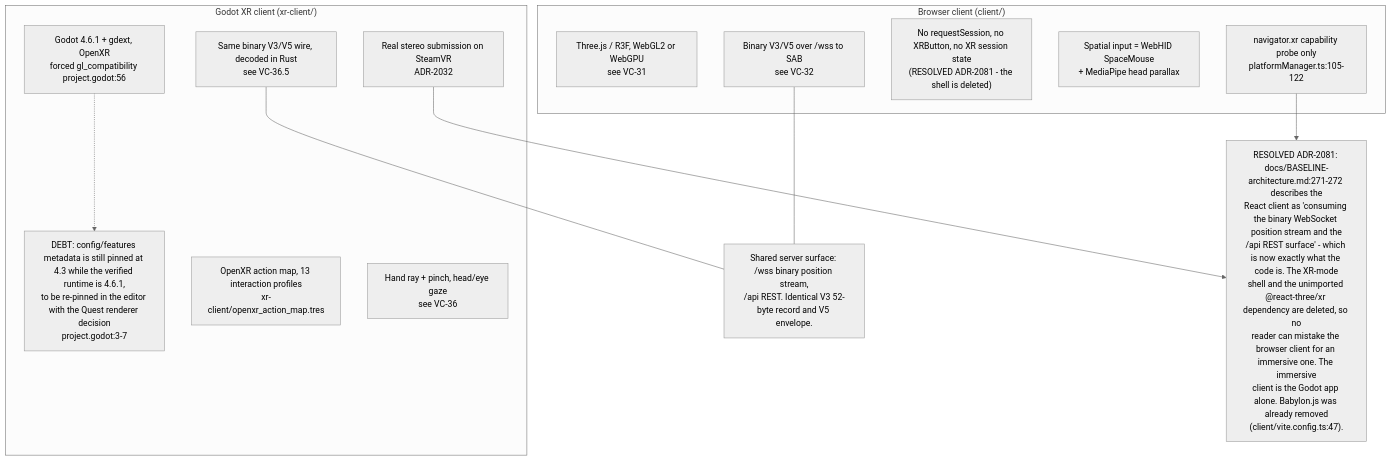
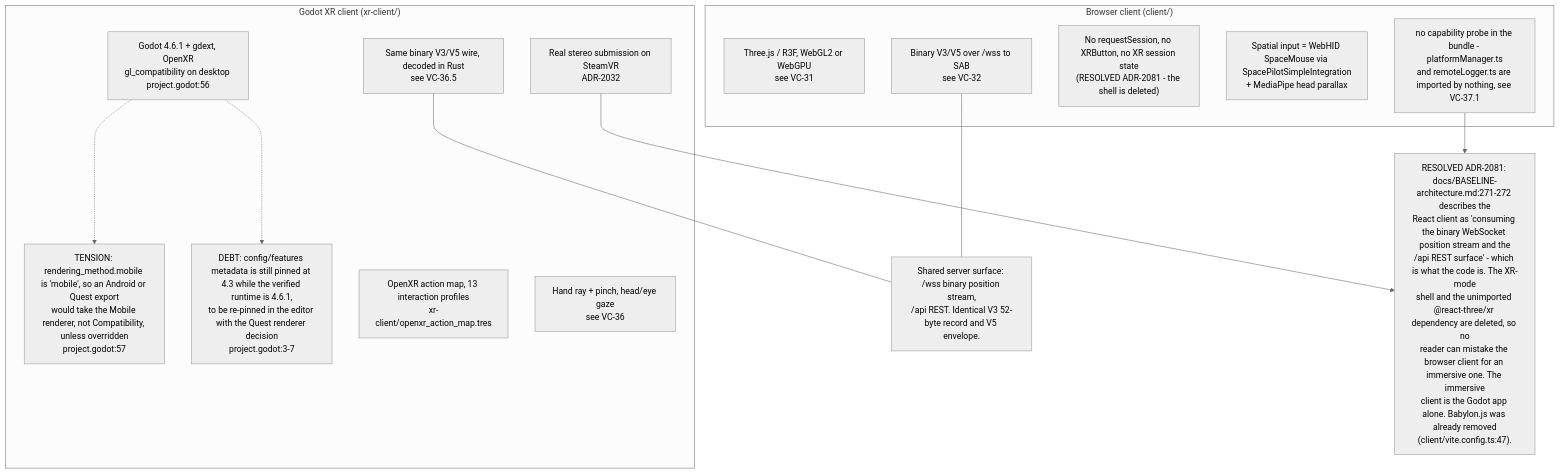
One commit to DreamLab-AI/VisionFlow changed the eighth of 11 diagrams in docs/diagrams/visionclaw/37-browser-xr-and-desktop-input.md. Above: the diagram before and after it, drawn with Mermaid (neutral theme). The commit also changed other lines of this file and 173 other files, not shown here.

````diff
--- a/docs/diagrams/visionclaw/37-browser-xr-and-desktop-input.md
+++ b/docs/diagrams/visionclaw/37-browser-xr-and-desktop-input.md
@@ -338,24 +375,26 @@
 ```mermaid
 flowchart TB
     subgraph br["Browser client (client/)"]
         B1["Three.js / R3F, WebGL2 or WebGPU<br/>see VC-31"]
-        B2["navigator.xr capability probe only<br/>platformManager.ts:105-122"]
+        B2["no capability probe in the bundle - platformManager.ts<br/>and remoteLogger.ts are imported by nothing, see VC-37.1"]
         B3["No requestSession, no XRButton, no XR session state<br/>(RESOLVED ADR-2081 - the shell is deleted)"]
-        B4["Spatial input = WebHID SpaceMouse<br/>+ MediaPipe head parallax"]
+        B4["Spatial input = WebHID SpaceMouse via SpacePilotSimpleIntegration<br/>+ MediaPipe head parallax"]
         B5["Binary V3/V5 over /wss to SAB<br/>see VC-32"]
     end
     subgraph gd["Godot XR client (xr-client/)"]
-        G1["Godot 4.6.1 + gdext, OpenXR<br/>forced gl_compatibility project.godot:56"]
+        G1["Godot 4.6.1 + gdext, OpenXR<br/>gl_compatibility on desktop project.godot:56"]
+        G1M["TENSION: rendering_method.mobile is 'mobile', so an Android or Quest export<br/>would take the Mobile renderer, not Compatibility, unless overridden<br/>project.godot:57"]
         G1D["DEBT: config/features metadata is still pinned at 4.3 while the verified runtime is 4.6.1,<br/>to be re-pinned in the editor with the Quest renderer decision<br/>project.godot:3-7"]
         G1 -.-> G1D
+        G1 -.-> G1M
         G2["Real stereo submission on SteamVR<br/>ADR-2032"]
         G3["OpenXR action map, 13 interaction profiles<br/>xr-client/openxr_action_map.tres"]
         G4["Hand ray + pinch, head/eye gaze<br/>see VC-36"]
         G5["Same binary V3/V5 wire, decoded in Rust<br/>see VC-36.5"]
     end
     B5 --- SHARED["Shared server surface: /wss binary position stream,<br/>/api REST. Identical V3 52-byte record and V5 envelope."]
     G5 --- SHARED
     B2 --> DIV
     G2 --> DIV
-    DIV["RESOLVED ADR-2081: docs/BASELINE-architecture.md:271-272 describes the<br/>React client as 'consuming the binary WebSocket position stream and the<br/>/api REST surface' - which is now exactly what the code is. The XR-mode<br/>shell and the unimported @react-three/xr dependency are deleted, so no<br/>reader can mistake the browser client for an immersive one. The immersive<br/>client is the Godot app alone. Babylon.js was already removed<br/>(client/vite.config.ts:47)."]
+    DIV["RESOLVED ADR-2081: docs/BASELINE-architecture.md:271-272 describes the<br/>React client as 'consuming the binary WebSocket position stream and the<br/>/api REST surface' - which is what the code is. The XR-mode<br/>shell and the unimported @react-three/xr dependency are deleted, so no<br/>reader can mistake the browser client for an immersive one. The immersive<br/>client is the Godot app alone. Babylon.js was already removed<br/>(client/vite.config.ts:47)."]
 ```
````
